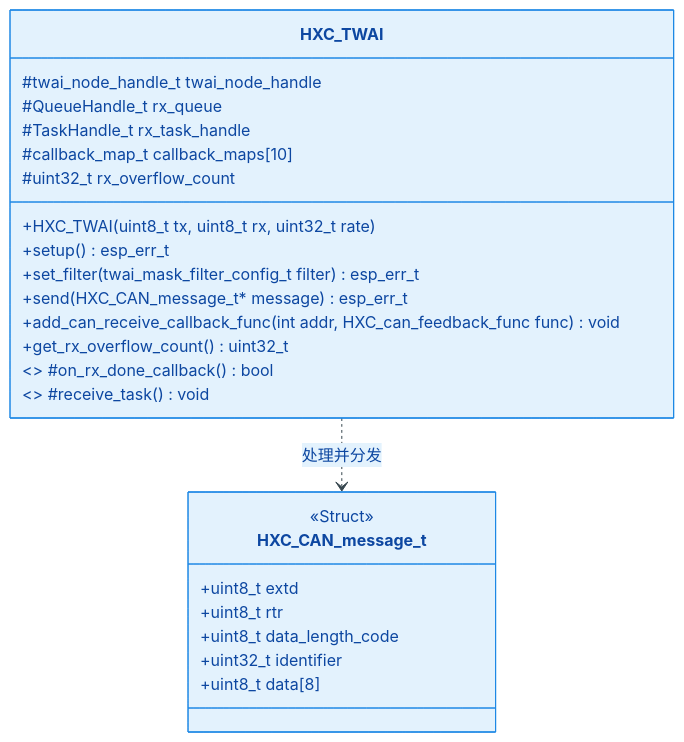
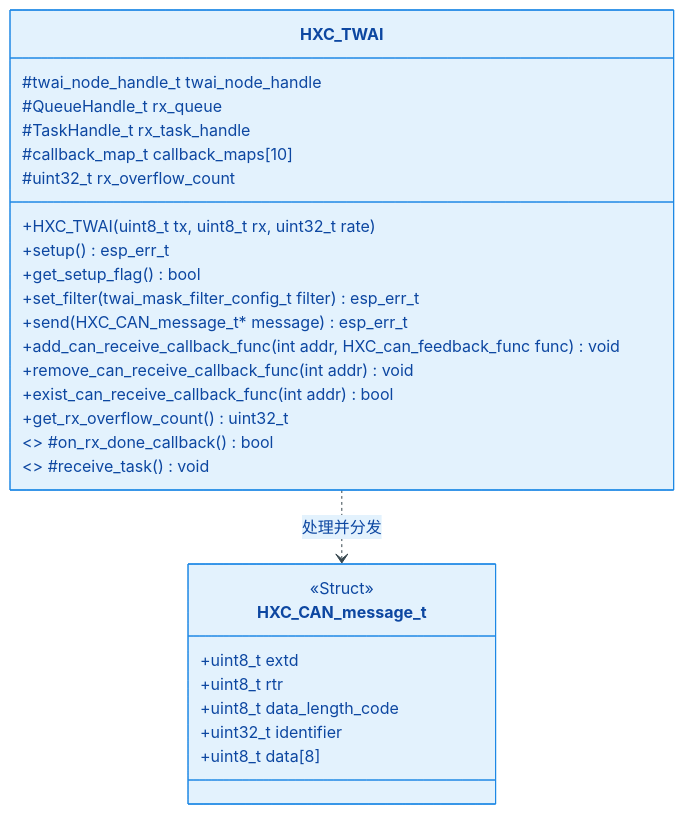
One commit to qingmeijiupiao/Wireless_power_meter_lite changed the second of 3 diagrams in components/bsp/HXC_TWAI/README.md. Above: the diagram before and after it, drawn with Mermaid. The commit also changed 9 other files, not shown here.

````diff
--- a/components/bsp/HXC_TWAI/README.md
+++ b/components/bsp/HXC_TWAI/README.md
@@ -62,32 +62,35 @@
 ```mermaid
 %%{init: { 'theme': 'base', 'themeVariables': { 'primaryColor': '#E3F2FD', 'primaryBorderColor': '#1E88E5', 'primaryTextColor': '#0D47A1', 'lineColor': '#37474F' } }}%%
 classDiagram
     class HXC_CAN_message_t {
         <<Struct>>
         +uint8_t extd
         +uint8_t rtr
         +uint8_t data_length_code
         +uint32_t identifier
         +uint8_t data[8]
     }
 
     class HXC_TWAI {
         #twai_node_handle_t twai_node_handle
         #QueueHandle_t rx_queue
         #TaskHandle_t rx_task_handle
         #callback_map_t callback_maps[10]
         #uint32_t rx_overflow_count
         
         +HXC_TWAI(uint8_t tx, uint8_t rx, uint32_t rate)
         +setup() esp_err_t
+        +get_setup_flag() bool
         +set_filter(twai_mask_filter_config_t filter) esp_err_t
         +send(HXC_CAN_message_t* message) esp_err_t
         +add_can_receive_callback_func(int addr, HXC_can_feedback_func func) void
+        +remove_can_receive_callback_func(int addr) void
+        +exist_can_receive_callback_func(int addr) bool
         +get_rx_overflow_count() uint32_t
         
         <<static>> #on_rx_done_callback() bool
         <<static>> #receive_task() void
     }
 
     HXC_TWAI ..> HXC_CAN_message_t : 处理并分发
 ```
````
